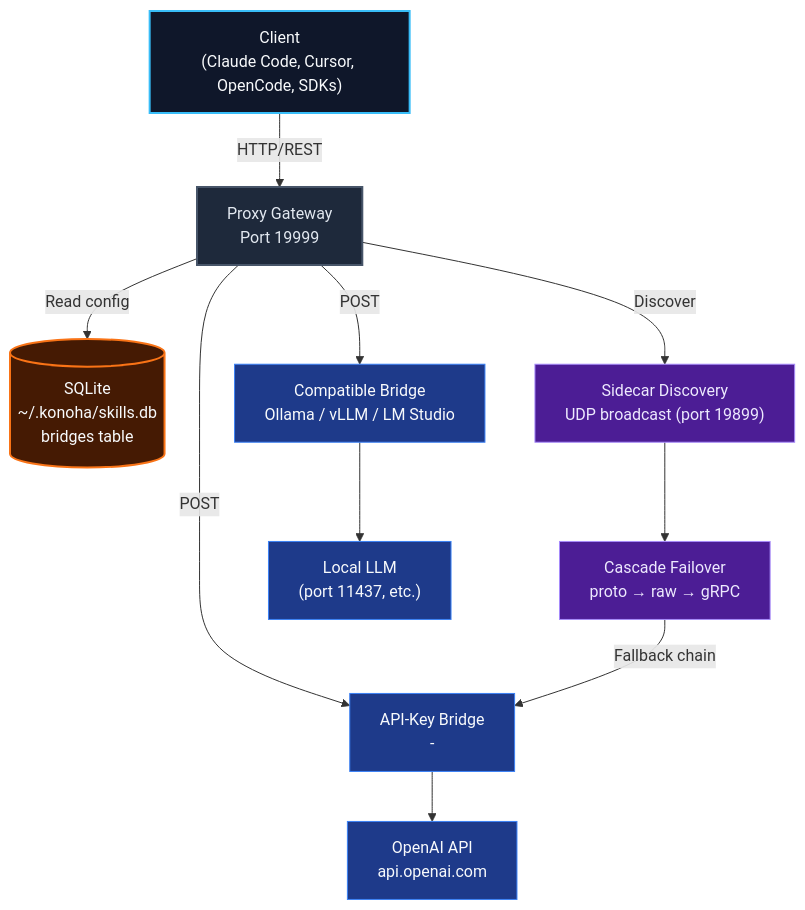
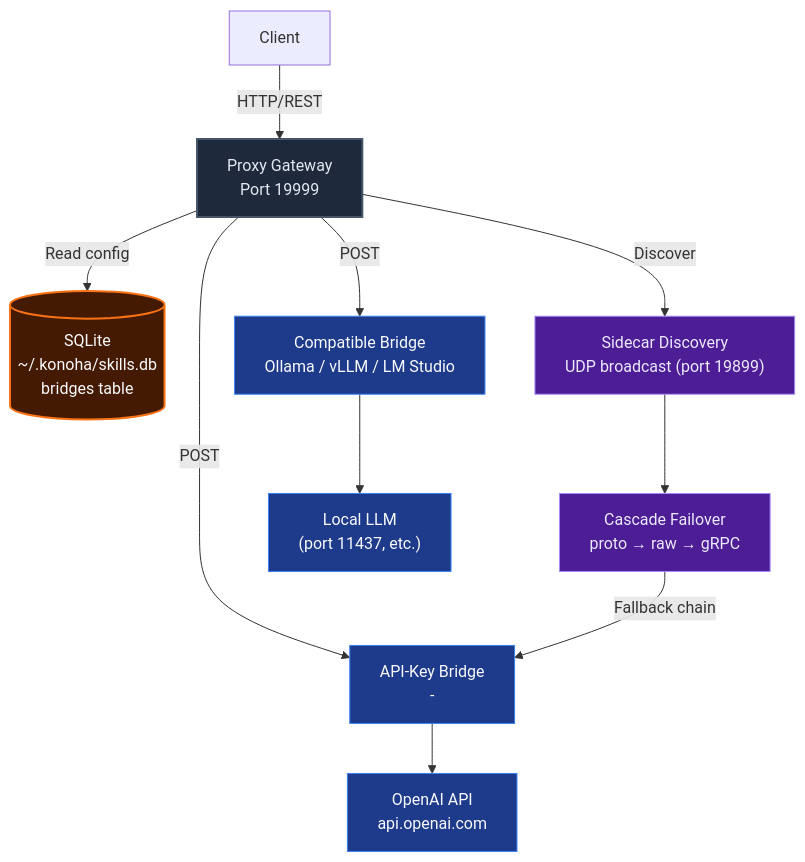
One commit to andycungkrinx91/konoha changed the diagram in docs/LLM-BRIDGE-GATEWAY.md. Above: the diagram before and after it, drawn with Mermaid. The commit also changed other lines of this file and 14356 other files, not shown here.

````diff
--- a/docs/LLM-BRIDGE-GATEWAY.md
+++ b/docs/LLM-BRIDGE-GATEWAY.md
@@ -7,28 +7,27 @@
 ```mermaid
 graph TD
     classDef client  fill:#0f172a,stroke:#38bdf8,stroke-width:2px,color:#f8fafc;
     classDef gateway fill:#1e293b,stroke:#475569,stroke-width:2px,color:#e2e8f0;
     classDef bridge  fill:#1e3a8a,stroke:#3b82f6,stroke-width:1px,color:#f8fafc;
     classDef db      fill:#451a03,stroke:#f97316,stroke-width:2px,color:#f8fafc;
     classDef proto   fill:#4c1d95,stroke:#a78bfa,stroke-width:1px,color:#ede9fe;
 
-    Client["Client\n(Claude Code, Cursor, OpenCode, SDKs)"]:::client
     Gateway["Proxy Gateway\nPort 19999"]:::gateway
     SQLite[("SQLite\n~/.konoha/skills.db\nbridges table")]:::db
     Sidecar["Sidecar Discovery\nUDP broadcast (port 19899)"]:::proto
     Cascade["Cascade Failover\nproto → raw → gRPC"]:::proto
     BridgeA["API-Key Bridge\n<name>-<model>"]:::bridge
     BridgeB["Compatible Bridge\nOllama / vLLM / LM Studio"]:::bridge
     OpenAI["OpenAI API\napi.openai.com"]:::bridge
     LocalLLM["Local LLM\n(port 11437, etc.)"]:::bridge
 
     Client -->|HTTP/REST| Gateway
     Gateway -->|Read config| SQLite
     Gateway -->|POST| BridgeA
     Gateway -->|POST| BridgeB
     BridgeA --> OpenAI
     BridgeB --> LocalLLM
     Gateway -->|Discover| Sidecar
     Sidecar --> Cascade
     Cascade -->|Fallback chain| BridgeA
 ```
````
